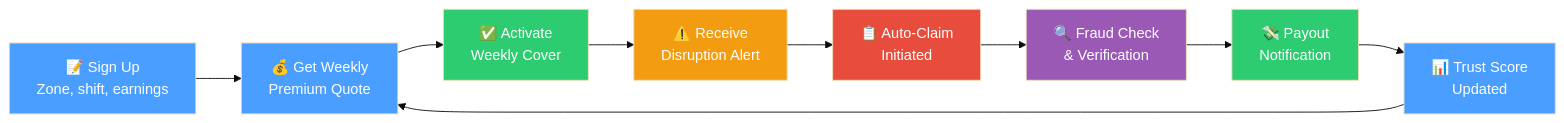
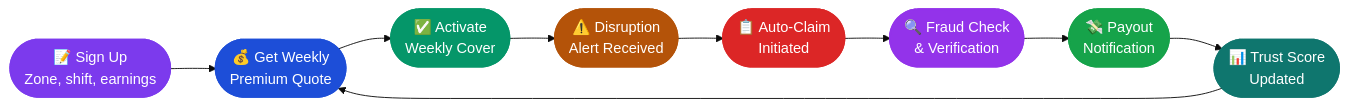
The second of 4 diagrams in README.md (Chorko/Celestius_Covara_One_P1), drawn with Mermaid (base theme) before and after one commit. The commit also changed other lines of this file and 1 other file, not shown here.

First line of the commit message:
feat: unified SQL migration 13 + aesthetic architecture diagrams

````diff
--- a/README.md
+++ b/README.md
@@ -264,20 +270,20 @@
 ```mermaid
 flowchart LR
-    A["📝 Sign Up<br/>Zone, shift, earnings"] --> B["💰 Get Weekly<br/>Premium Quote"]
-    B --> C["✅ Activate<br/>Weekly Cover"]
-    C --> D["⚠️ Receive<br/>Disruption Alert"]
-    D --> E["📋 Auto-Claim<br/>Initiated"]
-    E --> F["🔍 Fraud Check<br/>& Verification"]
-    F --> G["💸 Payout<br/>Notification"]
-    G --> H["📊 Trust Score<br/>Updated"]
+    A(["📝 Sign Up<br/>Zone, shift, earnings"]) --> B(["💰 Get Weekly<br/>Premium Quote"])
+    B --> C(["✅ Activate<br/>Weekly Cover"])
+    C --> D(["⚠️ Disruption<br/>Alert Received"])
+    D --> E(["📋 Auto-Claim<br/>Initiated"])
+    E --> F(["🔍 Fraud Check<br/>& Verification"])
+    F --> G(["💸 Payout<br/>Notification"])
+    G --> H(["📊 Trust Score<br/>Updated"])
     H --> B
 
-    style A fill:#4a9eff,color:#fff
-    style B fill:#4a9eff,color:#fff
-    style C fill:#2ecc71,color:#fff
-    style D fill:#f39c12,color:#fff
-    style E fill:#e74c3c,color:#fff
-    style F fill:#9b59b6,color:#fff
-    style G fill:#2ecc71,color:#fff
-    style H fill:#4a9eff,color:#fff
+    style A fill:#7C3AED,color:#fff,stroke:#7C3AED,stroke-width:2px
+    style B fill:#1D4ED8,color:#fff,stroke:#1D4ED8,stroke-width:2px
+    style C fill:#059669,color:#fff,stroke:#059669,stroke-width:2px
+    style D fill:#B45309,color:#fff,stroke:#B45309,stroke-width:2px
+    style E fill:#DC2626,color:#fff,stroke:#DC2626,stroke-width:2px
+    style F fill:#9333EA,color:#fff,stroke:#9333EA,stroke-width:2px
+    style G fill:#16A34A,color:#fff,stroke:#16A34A,stroke-width:2px
+    style H fill:#0F766E,color:#fff,stroke:#0F766E,stroke-width:2px
 ```
````
